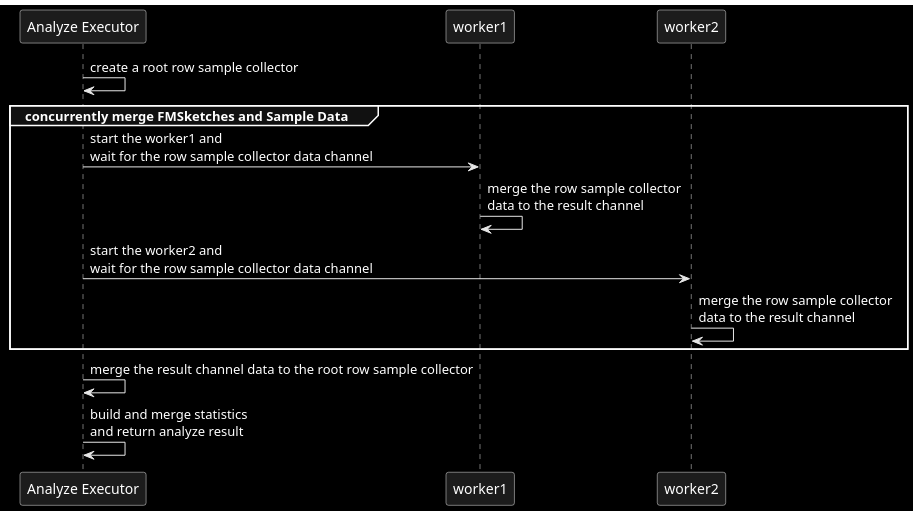
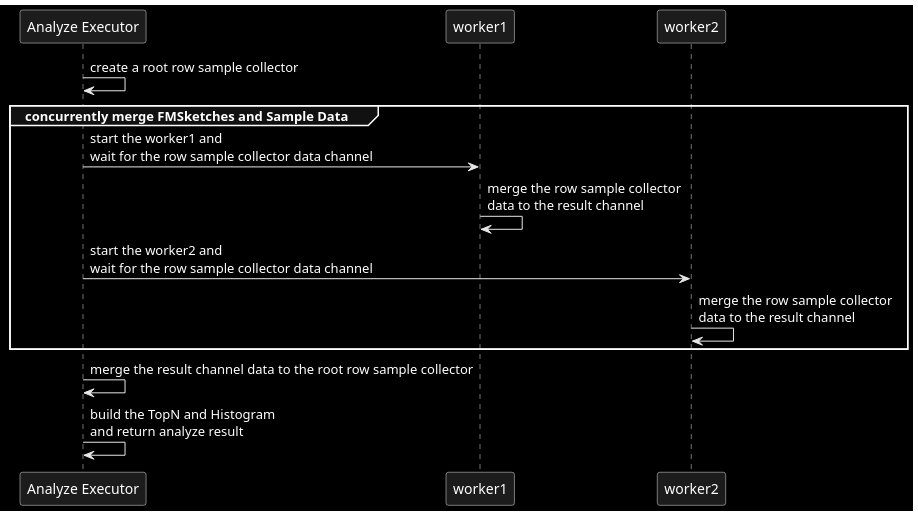
One commit to Rustin170506/tidb-analyze.slide changed the fifth of 6 diagrams in slides.md. Above: the diagram before and after it, drawn with PlantUML. The commit also changed other lines of this file, not shown here.

Commit message:
analyze: fix typos

````diff
--- a/slides.md
+++ b/slides.md
@@ -596,15 +596,15 @@
 ```plantuml { scale: 0.9 }
 @startuml
 skinparam monochrome reverse
 
 "Analyze Executor" as AE -> AE: create a root row sample collector
 group concurrently merge FMSketches and Sample Data
   AE -> worker1: start the worker1 and \nwait for the row sample collector data channel
   worker1 -> worker1: merge the row sample collector \ndata to the result channel
   AE -> worker2: start the worker2 and \nwait for the row sample collector data channel
   worker2 -> worker2: merge the row sample collector \ndata to the result channel
 end
 AE -> AE: merge the result channel data to the root row sample collector
-AE -> AE: build and merge statistics \nand return analyze result
+AE -> AE: build the TopN and Histogram \nand return analyze result
 @enduml
 ```
````
